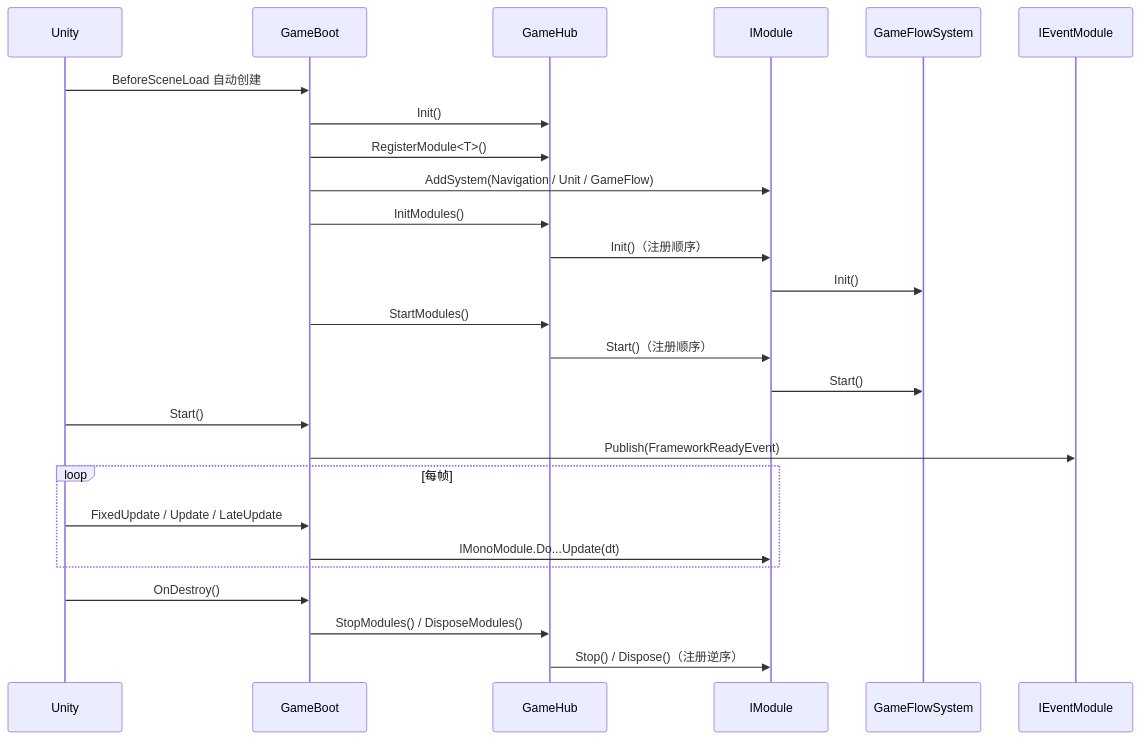
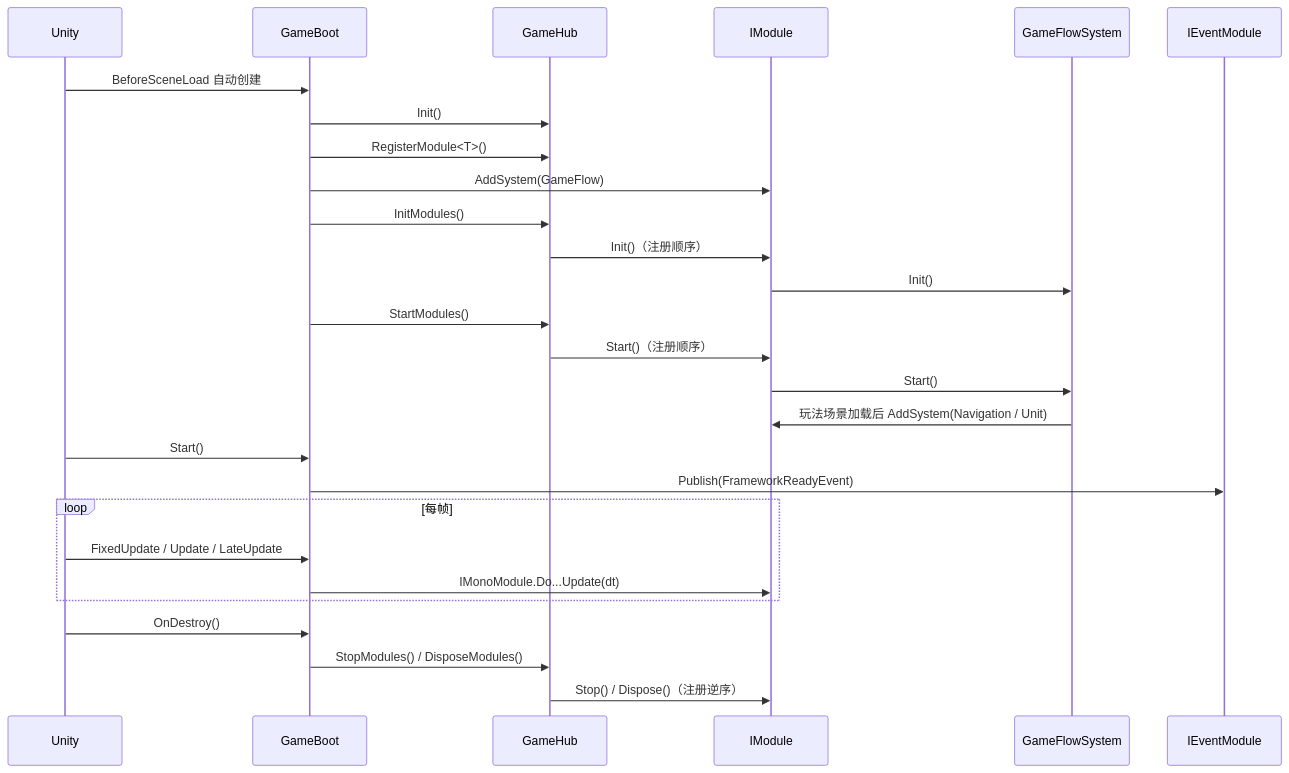
One commit to WLDZS/Tiny-Nations changed the second of 5 diagrams in Assets/Doc/FrameworkNavigation.md. Above: the diagram before and after it, drawn with Mermaid. The commit also changed other lines of this file and 84 other files, not shown here.

````diff
--- a/Assets/Doc/FrameworkNavigation.md
+++ b/Assets/Doc/FrameworkNavigation.md
@@ -87,29 +87,30 @@
 ```mermaid
 sequenceDiagram
     participant Unity
     participant Boot as GameBoot
     participant Hub as GameHub
     participant Module as IModule
     participant GameFlow as GameFlowSystem
     participant Event as IEventModule
 
     Unity->>Boot: BeforeSceneLoad 自动创建
     Boot->>Hub: Init()
     Boot->>Hub: RegisterModule<T>()
-    Boot->>Module: AddSystem(Navigation / Unit / GameFlow)
+    Boot->>Module: AddSystem(GameFlow)
     Boot->>Hub: InitModules()
     Hub->>Module: Init()（注册顺序）
     Module->>GameFlow: Init()
     Boot->>Hub: StartModules()
     Hub->>Module: Start()（注册顺序）
     Module->>GameFlow: Start()
+    GameFlow->>Module: 玩法场景加载后 AddSystem(Navigation / Unit)
     Unity->>Boot: Start()
     Boot->>Event: Publish(FrameworkReadyEvent)
     loop 每帧
         Unity->>Boot: FixedUpdate / Update / LateUpdate
         Boot->>Module: IMonoModule.Do...Update(dt)
     end
     Unity->>Boot: OnDestroy()
     Boot->>Hub: StopModules() / DisposeModules()
     Hub->>Module: Stop() / Dispose()（注册逆序）
 ```
````
